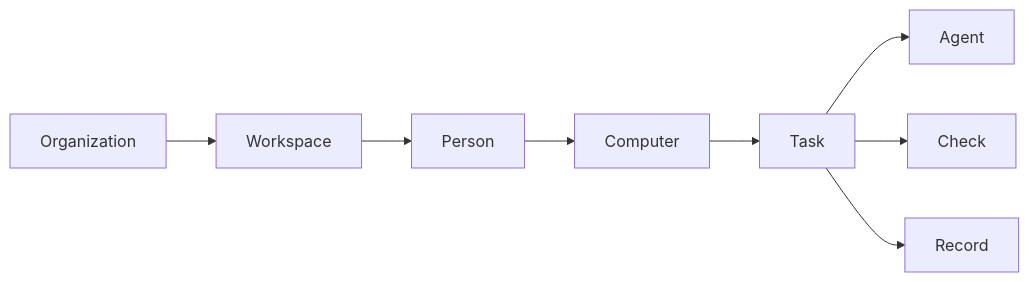
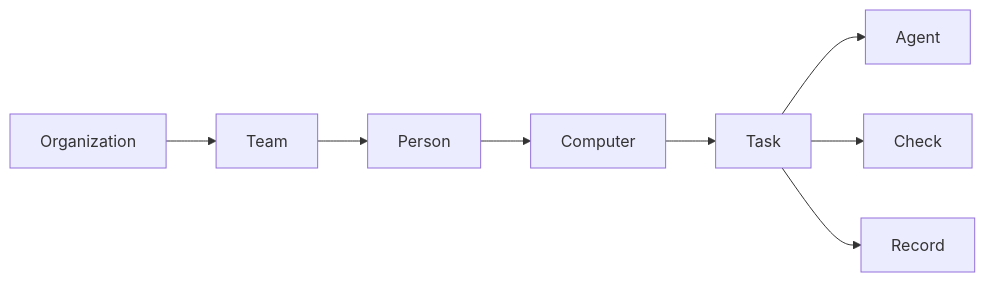
The first of 5 diagrams in docs/ARCHITECTURE.md (getlatentic/gusto), drawn with Mermaid before and after one commit. The commit also changed other lines of this file and 147 other files, not shown here.

````diff
--- a/docs/ARCHITECTURE.md
+++ b/docs/ARCHITECTURE.md
@@ -18,10 +18,10 @@
 ```mermaid
 flowchart LR
-  O[Organization] --> W[Workspace]
+  O[Organization] --> W[Team]
   W --> P[Person]
   P --> M[Computer]
   M --> T[Task]
   T --> A[Agent]
   T --> C[Check]
   T --> R[Record]
 ```
````
